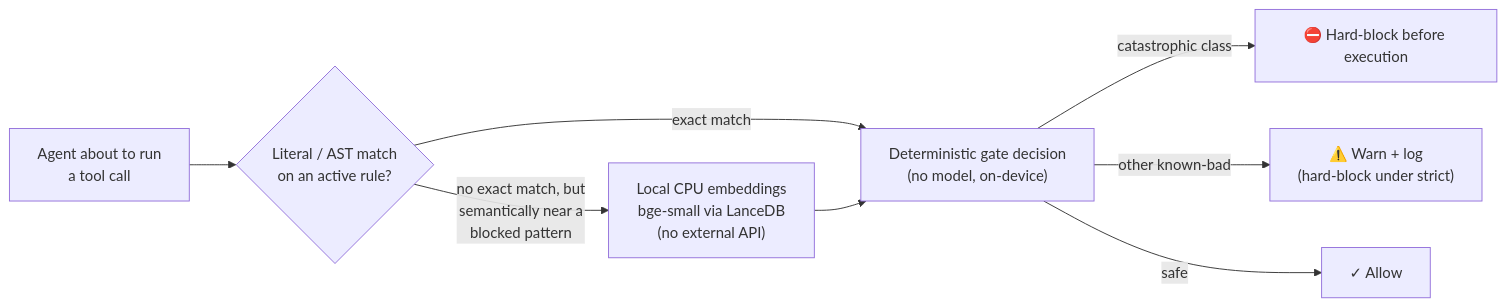
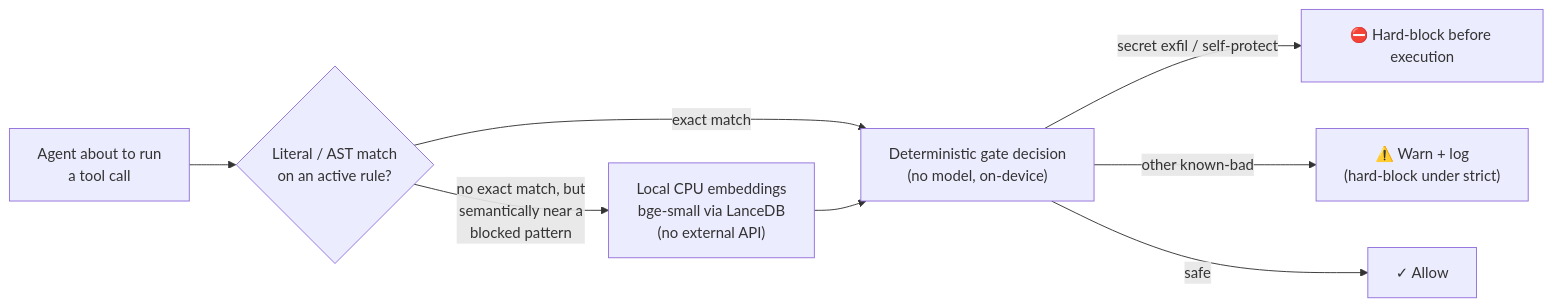
Before and after one commit to IgorGanapolsky/ThumbGate: the diagram in README.md, drawn with Mermaid. The commit also changed other lines of this file and 14 other files, not shown here.

````diff
--- a/README.md
+++ b/README.md
@@ -224,10 +224,10 @@
 ```mermaid
 flowchart LR
     A["Agent about to run<br/>a tool call"] --> B{"Literal / AST match<br/>on an active rule?"}
     B -- "exact match" --> D["Deterministic gate decision<br/>(no model, on-device)"]
     B -- "no exact match, but<br/>semantically near a<br/>blocked pattern" --> C["Local CPU embeddings<br/>bge-small via LanceDB<br/>(no external API)"]
     C --> D
-    D -- "catastrophic class" --> E["⛔ Hard-block before execution"]
+    D -- "secret exfil / self-protect" --> E["⛔ Hard-block before execution"]
     D -- "other known-bad" --> G["⚠️ Warn + log<br/>(hard-block under strict)"]
     D -- "safe" --> F["✓ Allow"]
 ```
````
